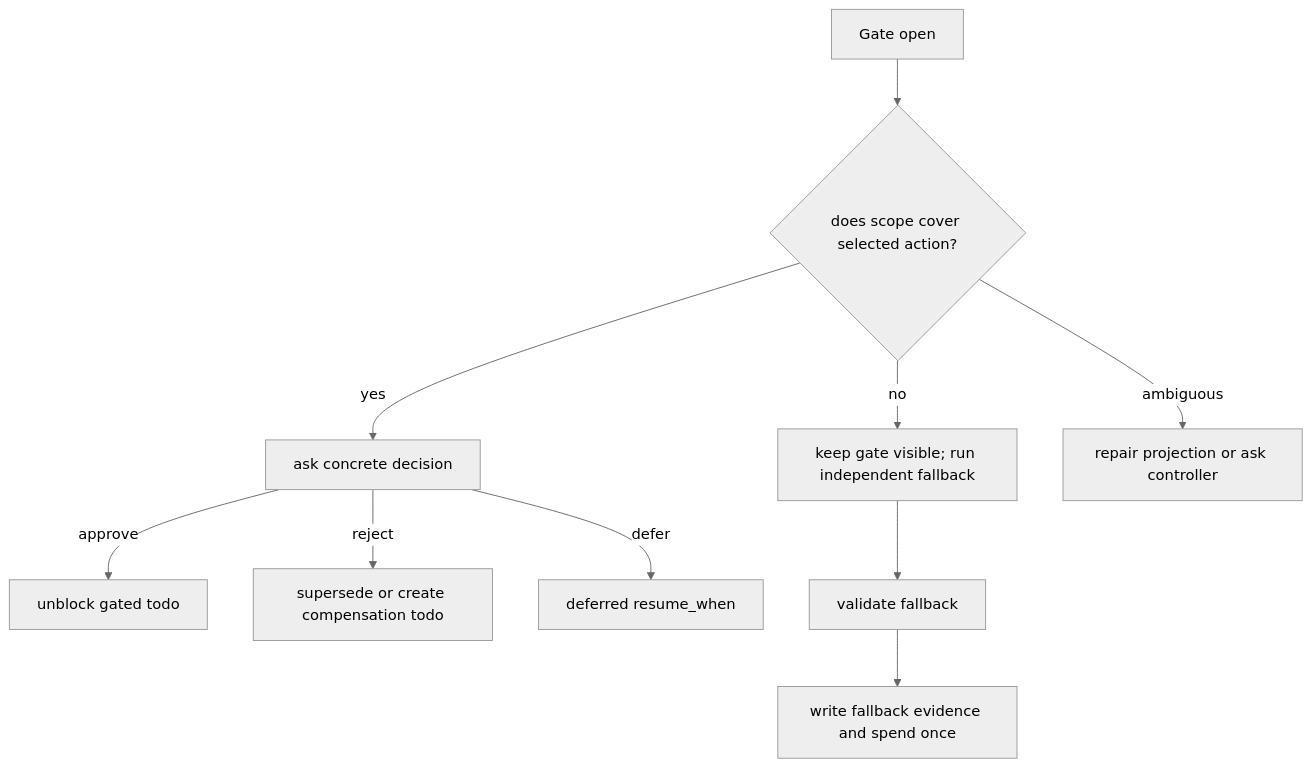
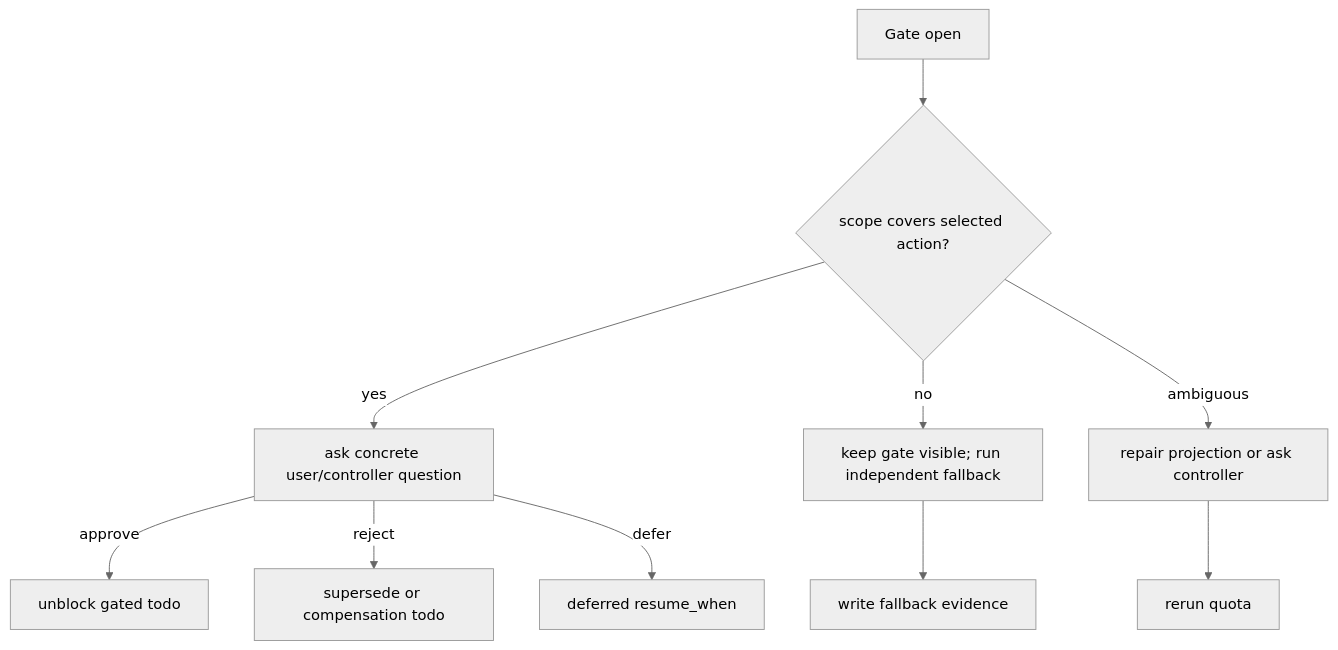
The fourth of 9 diagrams in docs/product/core-control-plane/state-machine.md (huangruiteng/goal-harness), drawn with Mermaid (neutral theme) before and after one commit. The commit also changed other lines of this file and 1 other file, not shown here.

````diff
--- a/docs/product/core-control-plane/state-machine.md
+++ b/docs/product/core-control-plane/state-machine.md
@@ -65,12 +161,12 @@
 ```mermaid
 flowchart TD
-  G["Gate open"] --> S{"does scope cover selected action?"}
-  S -->|"yes"| A["ask concrete decision"]
-  S -->|"no"| F["keep gate visible; run independent fallback"]
-  S -->|"ambiguous"| R["repair projection or ask controller"]
-  A -->|"approve"| U["unblock gated todo"]
-  A -->|"reject"| X["supersede or create compensation todo"]
-  A -->|"defer"| D["deferred resume_when"]
-  F --> V["validate fallback"]
-  V --> W["write fallback evidence and spend once"]
+  Open["Gate open"] --> Scope{"scope covers selected action?"}
+  Scope -->|"yes"| Ask["ask concrete user/controller question"]
+  Scope -->|"no"| Fallback["keep gate visible; run independent fallback"]
+  Scope -->|"ambiguous"| Repair["repair projection or ask controller"]
+  Ask -->|"approve"| Unblock["unblock gated todo"]
+  Ask -->|"reject"| Supersede["supersede or compensation todo"]
+  Ask -->|"defer"| Defer["deferred resume_when"]
+  Fallback --> Write["write fallback evidence"]
+  Repair --> Recheck["rerun quota"]
 ```
````
